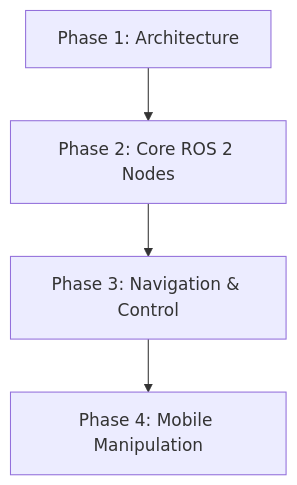
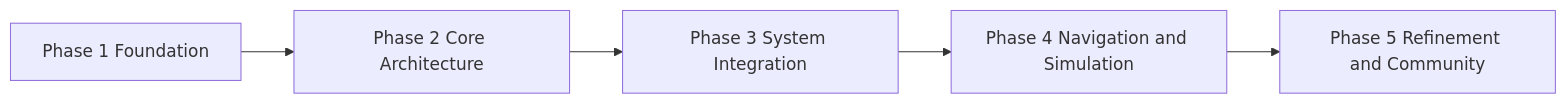
The diagram in README.md (r-jeremiah/ros2-roadmap), drawn with Mermaid before and after one commit. The commit also changed other lines of this file and 6 other files, not shown here.

Commit message:
docs: Enhance README and documentation structure; add phase 1 foundation details

````diff
--- a/README.md
+++ b/README.md
@@ -6,6 +18,7 @@
-```{mermaid}
-graph TD
-    A[Phase 1: Architecture] --> B[Phase 2: Core ROS 2 Nodes]
-    B --> C[Phase 3: Navigation & Control]
-    C --> D[Phase 4: Mobile Manipulation]
+```mermaid
+flowchart LR
+    A[Phase 1 Foundation] --> B[Phase 2 Core Architecture]
+    B --> C[Phase 3 System Integration]
+    C --> D[Phase 4 Navigation and Simulation]
+    D --> E[Phase 5 Refinement and Community]
 ```
````
